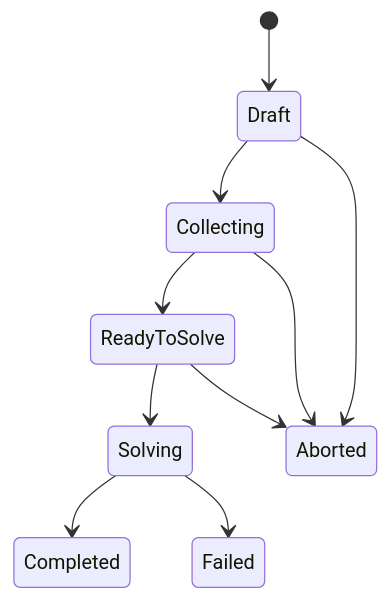
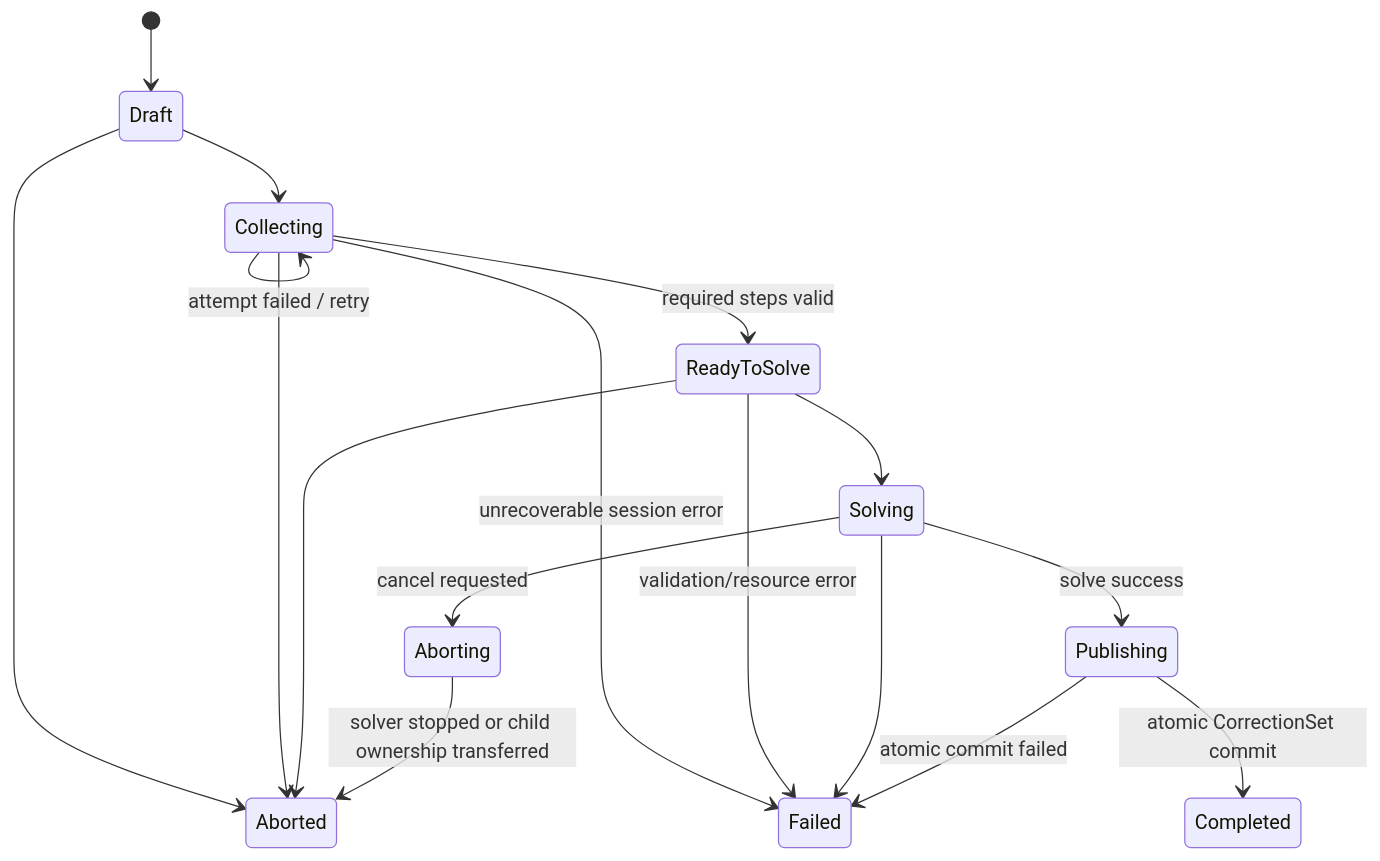
Before and after one commit to aniping/VNA: the fourth of 5 diagrams in docs/design/system-architecture.md, drawn with Mermaid. The commit also changed other lines of this file and 19 other files, not shown here.

````diff
--- a/docs/design/system-architecture.md
+++ b/docs/design/system-architecture.md
@@ -401,12 +545,19 @@
 ```mermaid
 stateDiagram-v2
     [*] --> Draft
     Draft --> Collecting
-    Collecting --> ReadyToSolve
+    Collecting --> Collecting: attempt failed / retry
+    Collecting --> ReadyToSolve: required steps valid
     ReadyToSolve --> Solving
-    Solving --> Completed
+    Solving --> Publishing: solve success
+    Publishing --> Completed: atomic CorrectionSet commit
     Draft --> Aborted
     Collecting --> Aborted
     ReadyToSolve --> Aborted
+    Collecting --> Failed: unrecoverable session error
+    ReadyToSolve --> Failed: validation/resource error
+    Solving --> Aborting: cancel requested
+    Aborting --> Aborted: solver stopped or child ownership transferred
     Solving --> Failed
+    Publishing --> Failed: atomic commit failed
 ```
````
